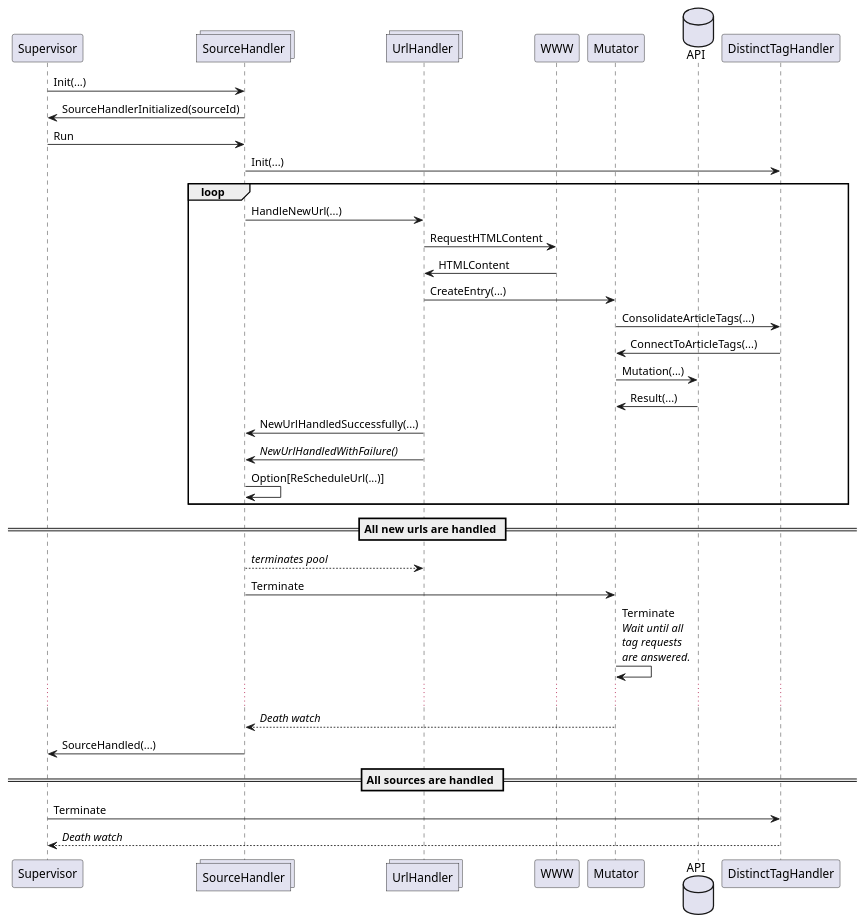
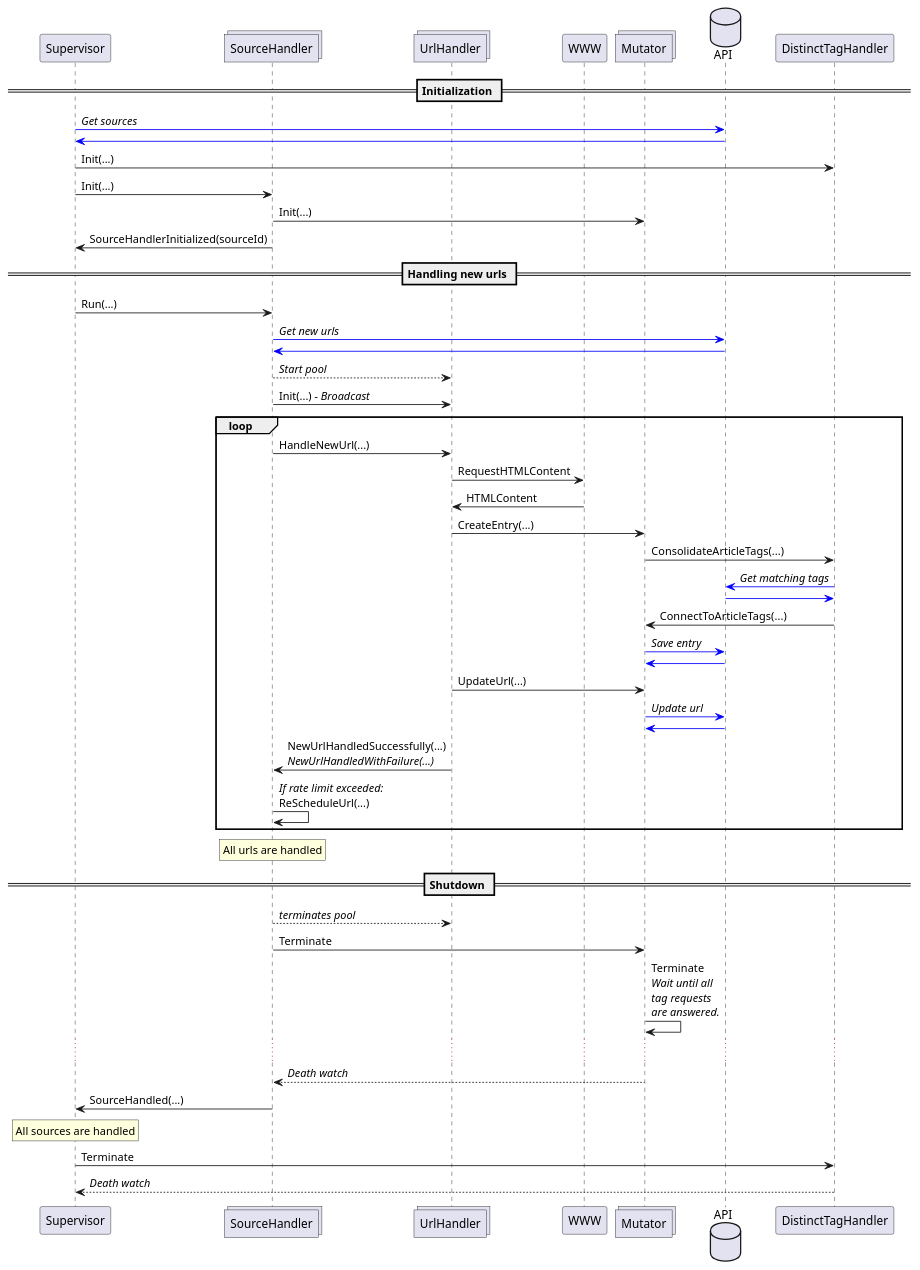
One commit to coverified/content_extractor changed the diagram in doc/proto.puml. Above: the diagram before and after it, drawn with PlantUML. The commit also changed 3 other files, not shown here.

```diff
--- a/doc/proto.puml
+++ b/doc/proto.puml
@@ -1,46 +1,72 @@
 @startuml
 participant Supervisor
 collections SourceHandler
 collections UrlHandler
 participant WWW
-participant Mutator
+collections Mutator
 database API
 
 
+== Initialization ==
+Supervisor -[#blue]> API: //Get sources//
+API -[#blue]> Supervisor
+Supervisor -> DistinctTagHandler: Init(...)
+' TODO: Report Back from DistinctTagHandler
+
 Supervisor -> SourceHandler: Init(...)
+SourceHandler -> Mutator: Init(...)
+' TODO: Mutator reports back
 SourceHandler -> Supervisor: SourceHandlerInitialized(sourceId)
-Supervisor -> SourceHandler: Run
 
-SourceHandler -> DistinctTagHandler: Init(...)
+== Handling new urls ==
+Supervisor -> SourceHandler: Run(...)
+SourceHandler -[#blue]> API: //Get new urls//
+' TODO: Report back, if there are no new urls to handle
+API -[#blue]> SourceHandler
+SourceHandler --> UrlHandler: //Start pool//
+SourceHandler -> UrlHandler: Init(...) //- Broadcast//
+' TODO: Report back from url handlers
 
 loop
 SourceHandler -> UrlHandler: HandleNewUrl(...)
 UrlHandler -> WWW: RequestHTMLContent
 WWW -> UrlHandler: HTMLContent
 
 UrlHandler -> Mutator: CreateEntry(...)
 Mutator -> DistinctTagHandler: ConsolidateArticleTags(...)
+DistinctTagHandler -[#blue]> API: //Get matching tags//
+API -[#blue]> DistinctTagHandler
 DistinctTagHandler -> Mutator: ConnectToArticleTags(...)
-Mutator -> API: Mutation(...)
-API -> Mutator: Result(...)
-UrlHandler -> SourceHandler: NewUrlHandledSuccessfully(...)
-UrlHandler -> SourceHandler: //NewUrlHandledWithFailure()//
+Mutator -[#blue]> API: //Save entry//
+API -[#blue]> Mutator
+' TODO: Feed back about handled entry
+UrlHandler -> Mutator: UpdateUrl(...)
+Mutator -[#blue]> API: //Update url//
+API -[#blue]> Mutator
+' TODO: Feed back about handled url
+UrlHandler -> SourceHandler: NewUrlHandledSuccessfully(...)\n//NewUrlHandledWithFailure(...)//
 
-SourceHandler -> SourceHandler: Option[ReScheduleUrl(...)]
+SourceHandler -> SourceHandler: //If rate limit exceeded://\nReScheduleUrl(...)
 end loop
 
-== All new urls are handled ==
+rnote over SourceHandler
+    All urls are handled
+endrnote
+
+== Shutdown ==
 
 SourceHandler --> UrlHandler: //terminates pool//
 SourceHandler -> Mutator: Terminate
 Mutator -> Mutator: Terminate\n//Wait until all//\n//tag requests//\n//are answered.//
 ...
 Mutator --> SourceHandler: //Death watch//
 
 SourceHandler -> Supervisor:SourceHandled(...)
 
-== All sources are handled ==
+rnote over Supervisor
+    All sources are handled
+endrnote
 Supervisor -> DistinctTagHandler: Terminate
 DistinctTagHandler --> Supervisor: //Death watch//
 
 @enduml
```
